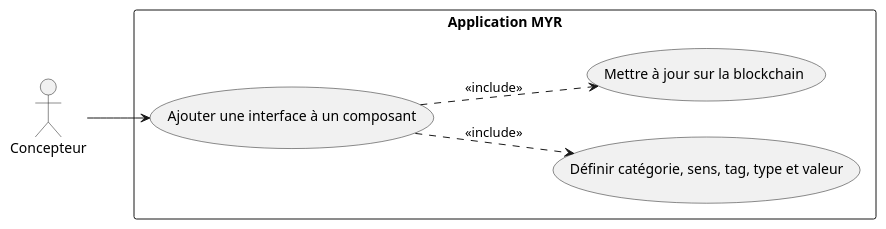
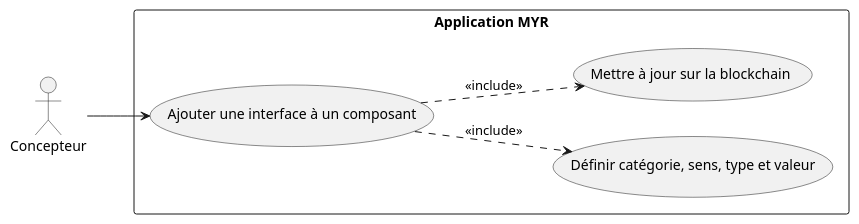
The first of 2 diagrams in specs/1-Expression/UCCE-Composant_Ecriture/UCCE06.md (myr-forge/myr-core), drawn with PlantUML before and after one commit. The commit also changed other lines of this file and 23 other files, not shown here.

````diff
--- a/specs/1-Expression/UCCE-Composant_Ecriture/UCCE06.md
+++ b/specs/1-Expression/UCCE-Composant_Ecriture/UCCE06.md
@@ -20,18 +20,18 @@
 ```plantuml
 @startuml
 left to right direction
 
 actor "Concepteur" as C
 
 rectangle "Application MYR" {
     usecase "Ajouter une interface à un composant" as UC1
-    usecase "Définir catégorie, sens, tag, type et valeur" as UC2
+    usecase "Définir catégorie, sens, type et valeur" as UC2
     usecase "Mettre à jour sur la blockchain" as UC3
 }
 
 C --> UC1
 UC1 ..> UC2 : <<include>>
 UC1 ..> UC3 : <<include>>
 
 @enduml
 ```
````
